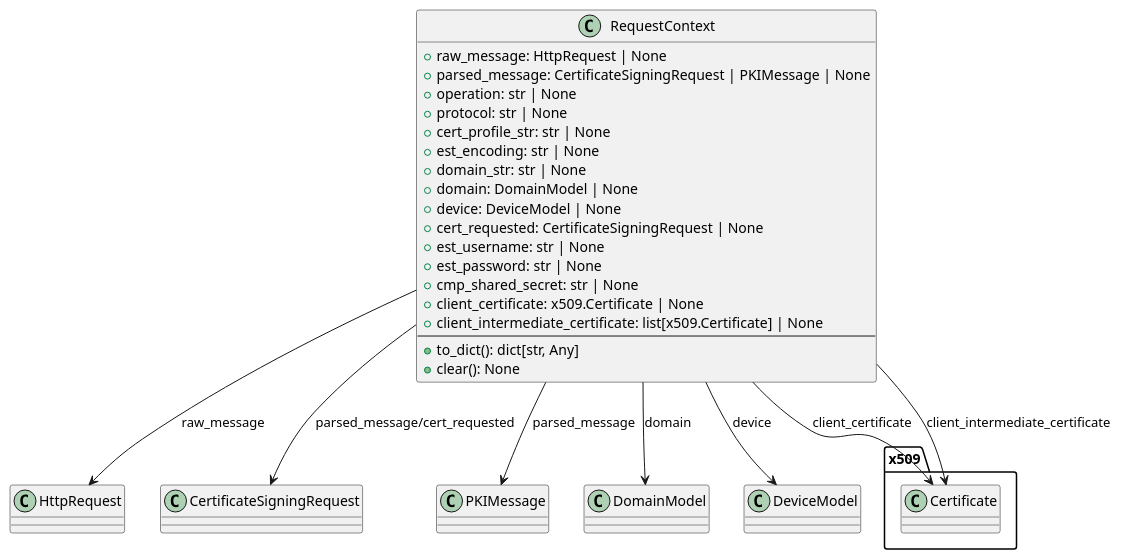
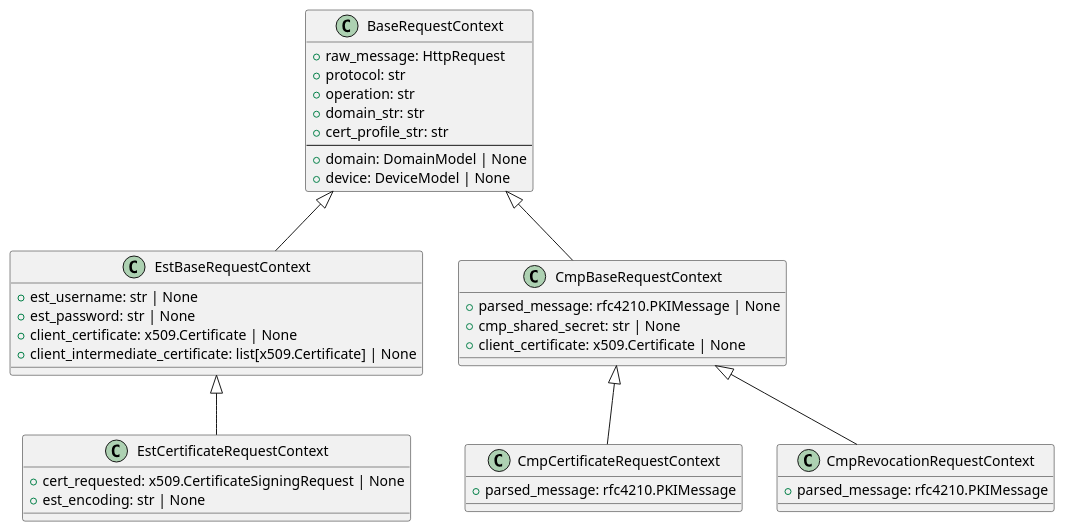
Before and after one commit to Trustpoint-Project/trustpoint: the second of 7 diagrams in docs/source/development/workflow.rst, drawn with PlantUML. The commit also changed other lines of this file and 5 other files, not shown here.

```diff
--- a/docs/source/development/workflow.rst
+++ b/docs/source/development/workflow.rst
@@ -13,43 +75,52 @@
 .. plantuml::
 
     @startuml
-    ' Representation of the RequestContext class.
-    class RequestContext {
-        + raw_message: HttpRequest | None
-        + parsed_message: CertificateSigningRequest | PKIMessage | None
-        + operation: str | None
-        + protocol: str | None
-        + cert_profile_str: str | None
-        + est_encoding: str | None
-        + domain_str: str | None
+    ' Base context for all request types.
+    class BaseRequestContext {
+        + raw_message: HttpRequest
+        + protocol: str
+        + operation: str
+        + domain_str: str
+        + cert_profile_str: str
+        --
         + domain: DomainModel | None
         + device: DeviceModel | None
-        + cert_requested: CertificateSigningRequest | None
+    }
+
+    ' Validation request contexts.
+    class EstBaseRequestContext {
         + est_username: str | None
         + est_password: str | None
+        + client_certificate: x509.Certificate | None
+        + client_intermediate_certificate: list[x509.Certificate] | None
+    }
+
+    class CmpBaseRequestContext {
+        + parsed_message: rfc4210.PKIMessage | None
         + cmp_shared_secret: str | None
         + client_certificate: x509.Certificate | None
-        + client_intermediate_certificate: list[x509.Certificate] | None
-        --
-        + to_dict(): dict[str, Any]
-        + clear(): None
     }
 
-    ' Dependencies and related models.
-    class HttpRequest
-    class CertificateSigningRequest
-    class PKIMessage
-    class DomainModel
-    class DeviceModel
-    class x509.Certificate
+    ' Certificate request contexts.
+    class EstCertificateRequestContext {
+        + cert_requested: x509.CertificateSigningRequest | None
+        + est_encoding: str | None
+    }
+
+    class CmpCertificateRequestContext {
+        + parsed_message: rfc4210.PKIMessage
+    }
+
+    ' Revocation request contexts.
+    class CmpRevocationRequestContext {
+        + parsed_message: rfc4210.PKIMessage
+    }
 
     ' Relationships.
-    RequestContext --> HttpRequest : "raw_message"
-    RequestContext --> CertificateSigningRequest : "parsed_message/cert_requested"
-    RequestContext --> PKIMessage : "parsed_message"
-    RequestContext --> DomainModel : "domain"
-    RequestContext --> DeviceModel : "device"
-    RequestContext --> x509.Certificate : "client_certificate"
-    RequestContext --> x509.Certificate : "client_intermediate_certificate"
+    BaseRequestContext <|-- EstBaseRequestContext
+    BaseRequestContext <|-- CmpBaseRequestContext
+    EstBaseRequestContext <|-- EstCertificateRequestContext
+    CmpBaseRequestContext <|-- CmpCertificateRequestContext
+    CmpBaseRequestContext <|-- CmpRevocationRequestContext
 
     @enduml
```
